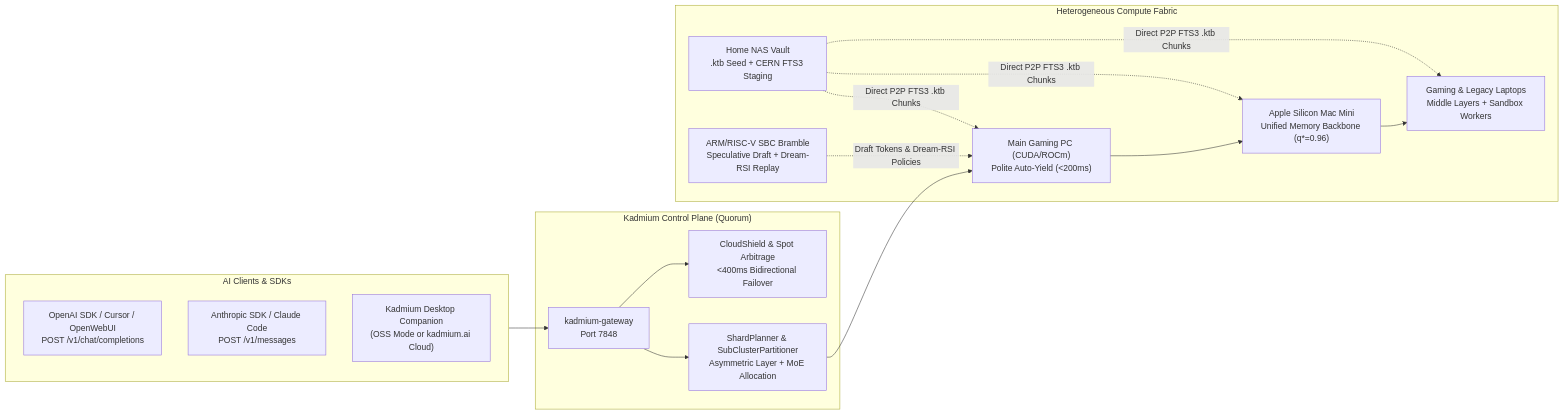
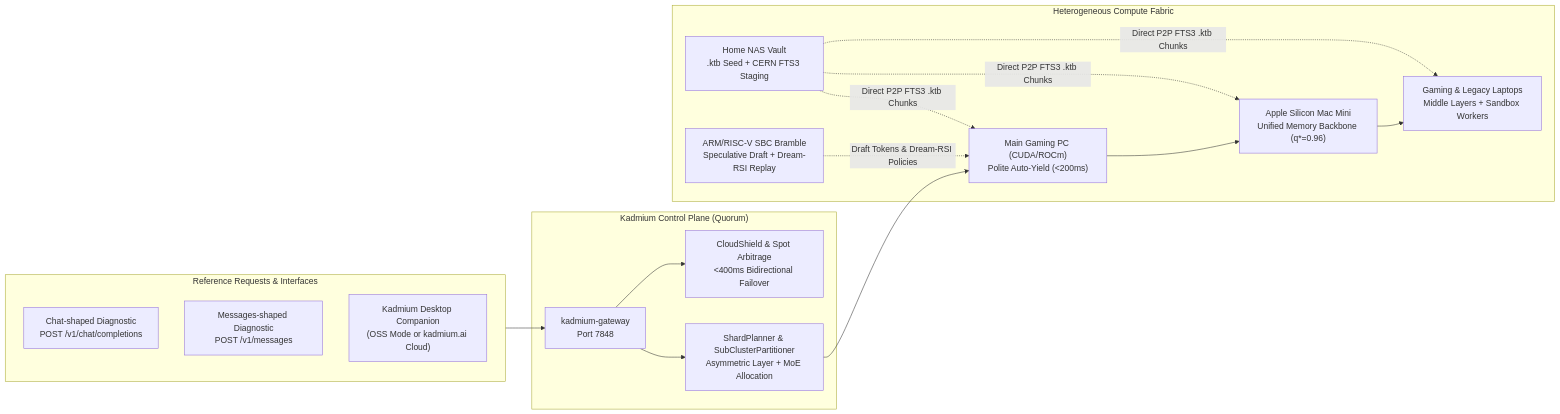
The diagram in docs/README.md (mESmaC/Kadmium), drawn with Mermaid before and after one commit. The commit also changed other lines of this file and 17 other files, not shown here.

````diff
--- a/docs/README.md
+++ b/docs/README.md
@@ -33,29 +34,29 @@
 ```mermaid
 flowchart LR
-    subgraph Clients["AI Clients & SDKs"]
-        OAI["OpenAI SDK / Cursor / OpenWebUI\nPOST /v1/chat/completions"]
-        ANT["Anthropic SDK / Claude Code\nPOST /v1/messages"]
+    subgraph Clients["Reference Requests & Interfaces"]
+        OAI["Chat-shaped Diagnostic\nPOST /v1/chat/completions"]
+        ANT["Messages-shaped Diagnostic\nPOST /v1/messages"]
         COMP["Kadmium Desktop Companion\n(OSS Mode or kadmium.ai Cloud)"]
     end
 
     subgraph Control["Kadmium Control Plane (Quorum)"]
         GW["kadmium-gateway\nPort 7848"]
         SHARD["ShardPlanner & SubClusterPartitioner\nAsymmetric Layer + MoE Allocation"]
         SHIELD["CloudShield & Spot Arbitrage\n<400ms Bidirectional Failover"]
     end
 
     subgraph Fabric["Heterogeneous Compute Fabric"]
         NAS["Home NAS Vault\n.ktb Seed + CERN FTS3 Staging"]
         PC["Main Gaming PC (CUDA/ROCm)\nPolite Auto-Yield (<200ms)"]
         MAC["Apple Silicon Mac Mini\nUnified Memory Backbone (q*=0.96)"]
         LAP["Gaming & Legacy Laptops\nMiddle Layers + Sandbox Workers"]
         SBC["ARM/RISC-V SBC Bramble\nSpeculative Draft + Dream-RSI Replay"]
     end
 
     Clients --> GW
     GW --> SHARD
     GW --> SHIELD
     NAS -. "Direct P2P FTS3 .ktb Chunks" .-> PC & MAC & LAP
     SHARD --> PC --> MAC --> LAP
     SBC -. "Draft Tokens & Dream-RSI Policies" .-> PC
 ```
````
